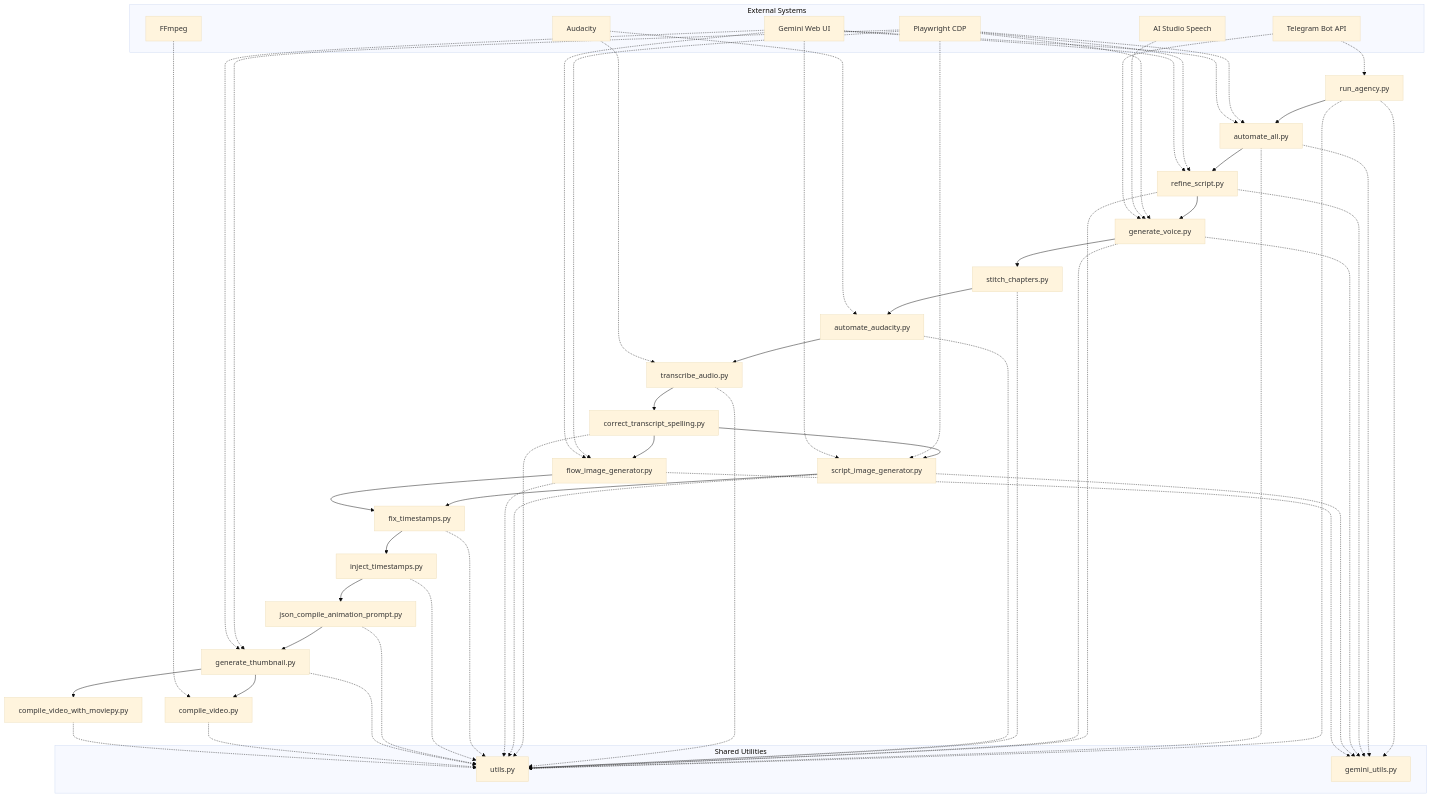
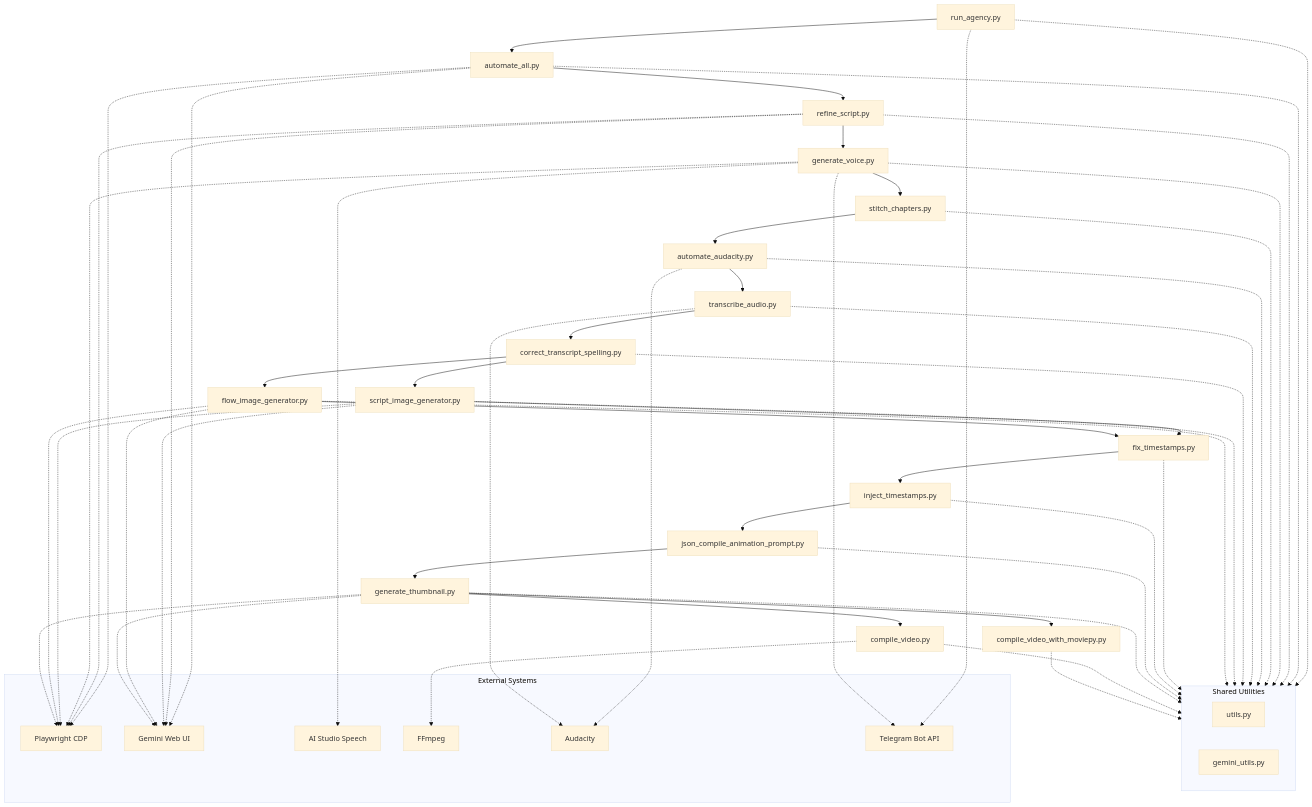
One commit to Snoozer10/local-youtube-automation changed the diagram in README.md. Above: the diagram before and after it, drawn with Mermaid (base theme).

Commit message:
docs: simplify Mermaid diagram for GitHub rendering

````diff
--- a/README.md
+++ b/README.md
@@ -193,74 +193,70 @@
 ```mermaid
-graph TD
+flowchart TD
     A[run_agency.py] --> B[automate_all.py]
     B --> C[refine_script.py]
     C --> D[generate_voice.py]
     D --> E[stitch_chapters.py]
     E --> F[automate_audacity.py]
     F --> G[transcribe_audio.py]
     G --> H[correct_transcript_spelling.py]
     H --> I1[script_image_generator.py]
     H --> I2[flow_image_generator.py]
     I1 --> J[fix_timestamps.py]
     I2 --> J
     J --> K[inject_timestamps.py]
     K --> L[json_compile_animation_prompt.py]
     L --> M[generate_thumbnail.py]
     M --> N1[compile_video.py]
     M --> N2[compile_video_with_moviepy.py]
 
-    subgraph "Shared Utilities"
+    subgraph Utils[Shared Utilities]
         U1[utils.py]
         U2[gemini_utils.py]
     end
 
-    subgraph "External Systems"
+    subgraph Ext[External Systems]
         S1[Playwright CDP]
         S2[Gemini Web UI]
         S3[AI Studio Speech]
         S4[FFmpeg]
         S5[Audacity]
         S6[Telegram Bot API]
     end
 
-    A -.-> U1
-    A -.-> U2
-    B -.-> U1
-    B -.-> U2
-    C -.-> U1
-    C -.-> U2
-    D -.-> U1
-    D -.-> U2
-    E -.-> U1
-    F -.-> U1
-    G -.-> U1
-    H -.-> U1
-    I1 -.-> U1
-    I1 -.-> U2
-    I2 -.-> U1
-    I2 -.-> U2
-    J -.-> U1
-    K -.-> U1
-    L -.-> U1
-    M -.-> U1
-    N1 -.-> U1
-    N2 -.-> U1
+    A -.-> Utils
+    B -.-> Utils
+    C -.-> Utils
+    D -.-> Utils
+    E -.-> Utils
+    F -.-> Utils
+    G -.-> Utils
+    H -.-> Utils
+    I1 -.-> Utils
+    I2 -.-> Utils
+    J -.-> Utils
+    K -.-> Utils
+    L -.-> Utils
+    M -.-> Utils
+    N1 -.-> Utils
+    N2 -.-> Utils
 
-    S1 -.-> B
-    S1 -.-> C
-    S1 -.-> D
-    S1 -.-> I1
-    S1 -.-> I2
-    S1 -.-> M
-    S2 -.-> B
-    S2 -.-> C
-    S2 -.-> I1
-    S2 -.-> I2
-    S2 -.-> M
-    S3 -.-> D
-    S4 -.-> N1
-    S5 -.-> F
-    S5 -.-> G
-    S6 -.-> A
-    S6 -.-> D
+    B -.-> S1
+    C -.-> S1
+    D -.-> S1
+    I1 -.-> S1
+    I2 -.-> S1
+    M -.-> S1
+
+    B -.-> S2
+    C -.-> S2
+    I1 -.-> S2
+    I2 -.-> S2
+    M -.-> S2
+
+    D -.-> S3
+    N1 -.-> S4
+    F -.-> S5
+    G -.-> S5
+    A -.-> S6
+    D -.-> S6
 ```
````
